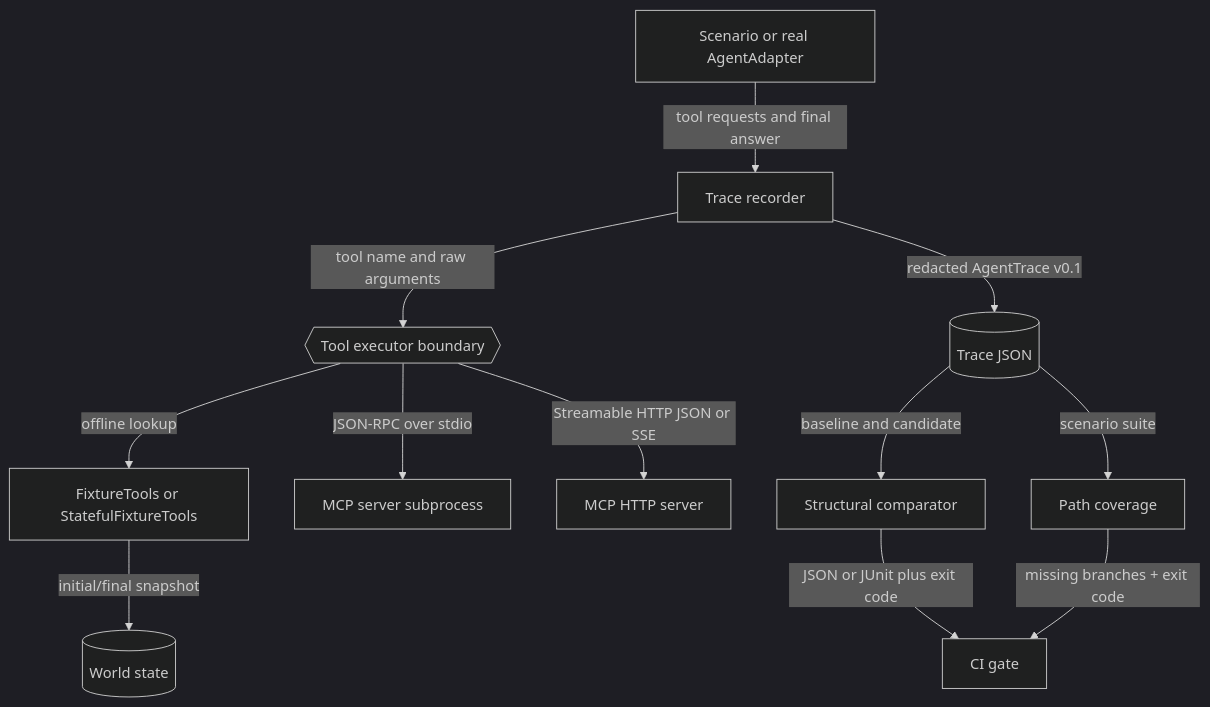
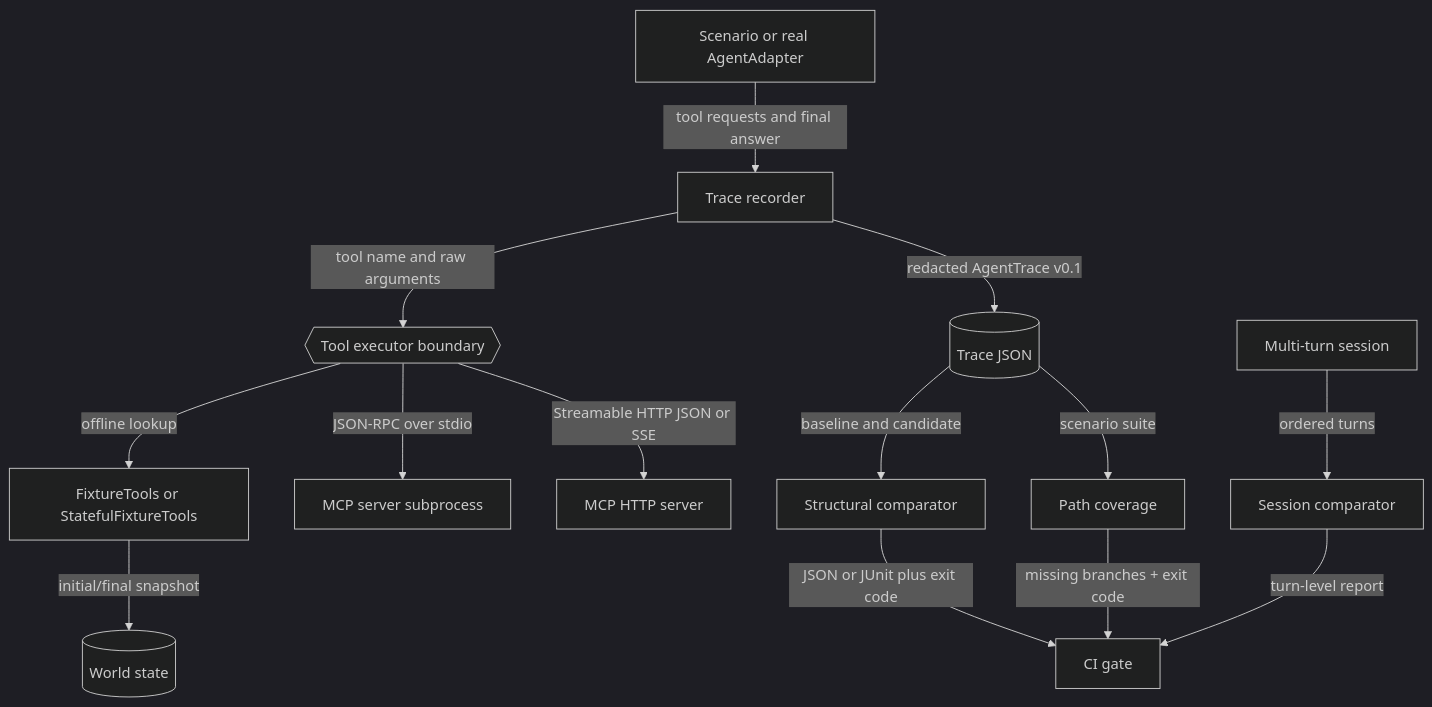
The first of 2 diagrams in docs/architecture.md (ANTAO94/agent-regression-kit), drawn with Mermaid (dark theme) before and after one commit. The commit also changed other lines of this file and 20 other files, not shown here.

Commit message:
feat: add multi-turn session regression

````diff
--- a/docs/architecture.md
+++ b/docs/architecture.md
@@ -5,14 +5,16 @@
 ```mermaid
 flowchart TD
     Scenario[Scenario or real AgentAdapter] -->|tool requests and final answer| Recorder[Trace recorder]
     Recorder -->|tool name and raw arguments| Executor{{Tool executor boundary}}
     Executor -->|offline lookup| Fixture[FixtureTools or StatefulFixtureTools]
     Fixture -->|initial/final snapshot| World[(World state)]
     Executor -->|JSON-RPC over stdio| MCP[MCP server subprocess]
     Executor -->|Streamable HTTP JSON or SSE| HTTP[MCP HTTP server]
     Recorder -->|redacted AgentTrace v0.1| Trace[(Trace JSON)]
     Trace -->|baseline and candidate| Compare[Structural comparator]
     Compare -->|JSON or JUnit plus exit code| CI[CI gate]
+    Session[Multi-turn session] -->|ordered turns| SessionCompare[Session comparator]
+    SessionCompare -->|turn-level report| CI
     Trace -->|scenario suite| Coverage[Path coverage]
     Coverage -->|missing branches + exit code| CI
 ```
````
